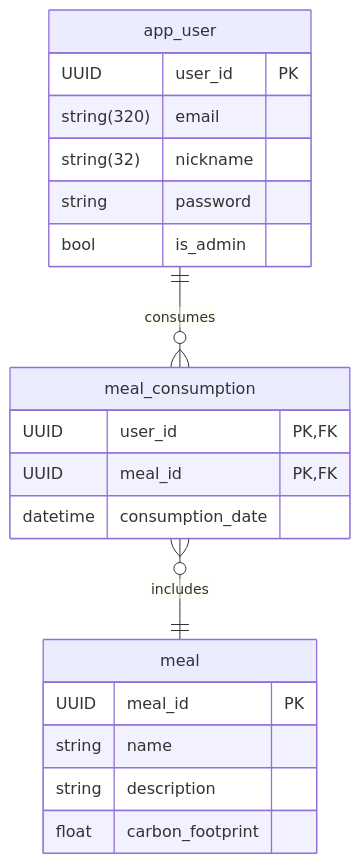
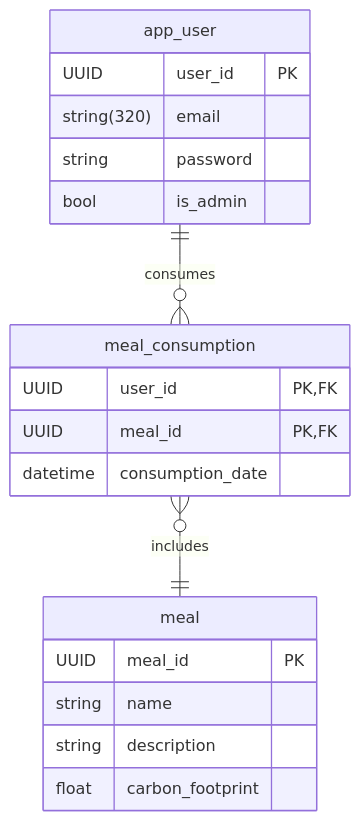
The diagram in README.md (louis-marceron/web-project-ig3-back), drawn with Mermaid before and after one commit. The commit also changed 9 other files, not shown here.

````diff
--- a/README.md
+++ b/README.md
@@ -30,26 +30,25 @@
 ```mermaid
 erDiagram
 app_user {
     UUID user_id PK
     string(320) email
-    string(32) nickname
     string password
     bool is_admin
 }
 
 meal {
     UUID meal_id PK
     string name
     string description
     float carbon_footprint
 }
 
 meal_consumption {
     UUID user_id PK,FK
     UUID meal_id PK,FK
     datetime consumption_date
 }
 
 app_user ||--o{ meal_consumption : consumes
 meal_consumption }o--|| meal : includes
 ```
````
